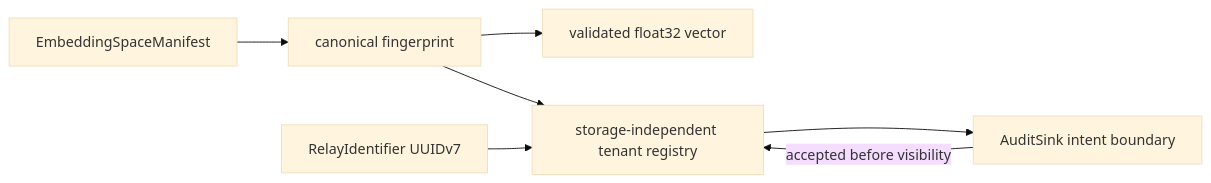
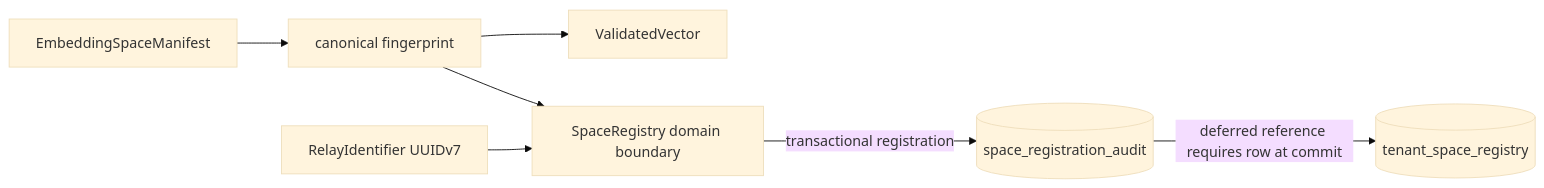
The second of 2 diagrams in ARCHITECTURE.md (ContextualWisdomLab/EmbedRelay), drawn with Mermaid (base theme) before and after one commit. The commit also changed other lines of this file, not shown here.

Commit message:
docs(architecture): reconcile durable M1 registry boundary

````diff
--- a/ARCHITECTURE.md
+++ b/ARCHITECTURE.md
@@ -76,16 +81,17 @@
 ```mermaid
 flowchart LR
     MAN[EmbeddingSpaceManifest]
     FP[canonical fingerprint]
-    V[validated float32 vector]
+    V[ValidatedVector]
     ID[RelayIdentifier UUIDv7]
-    REG[storage-independent tenant registry]
-    AUD[AuditSink intent boundary]
+    REG[SpaceRegistry domain boundary]
+    DB[(tenant_space_registry)]
+    AUD[(space_registration_audit)]
 
     MAN --> FP
     FP --> V
     ID --> REG
     FP --> REG
-    REG --> AUD
-    AUD -->|accepted before visibility| REG
+    REG -->|transactional registration| AUD
+    AUD -->|deferred reference requires row at commit| DB
 ```
````
